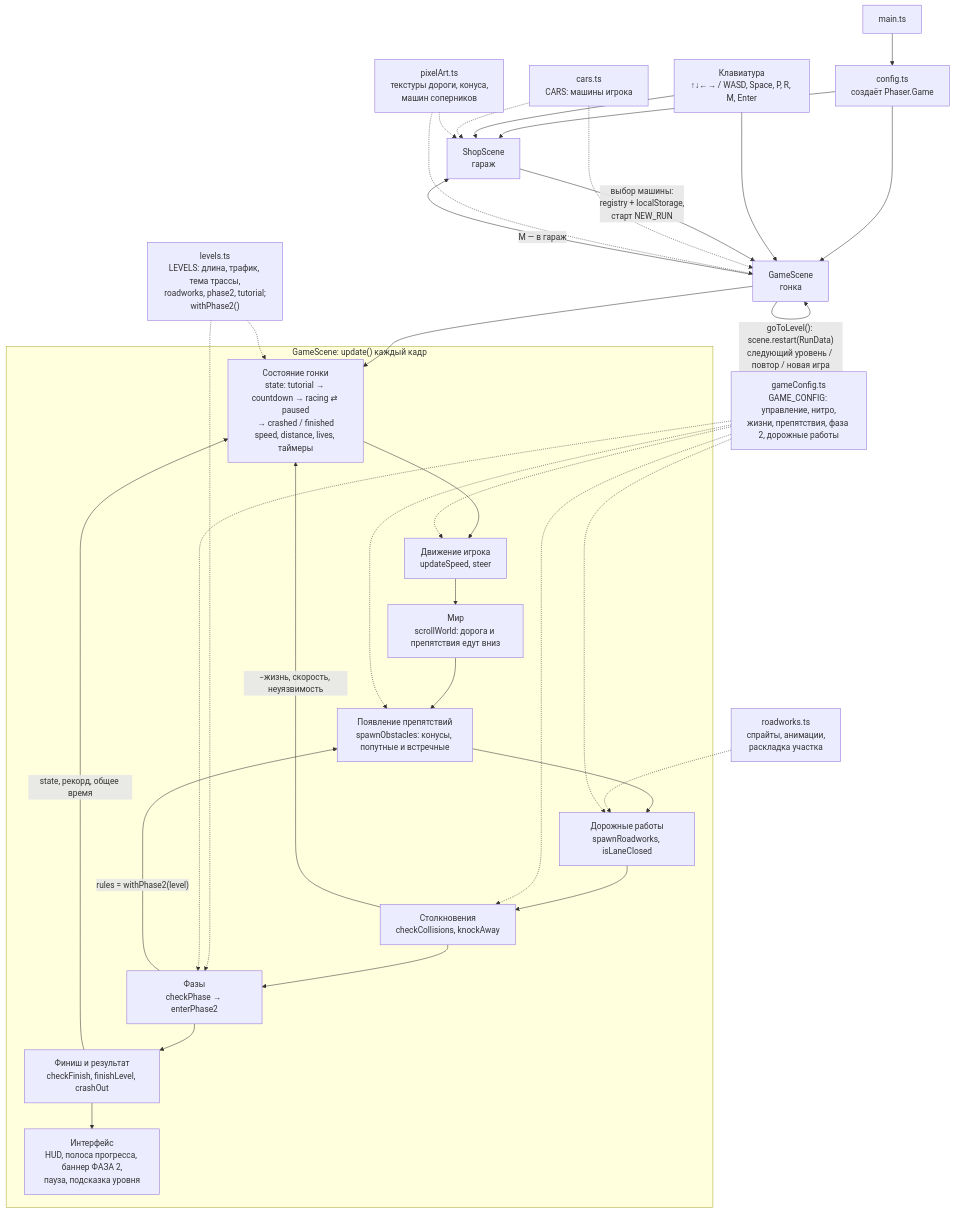
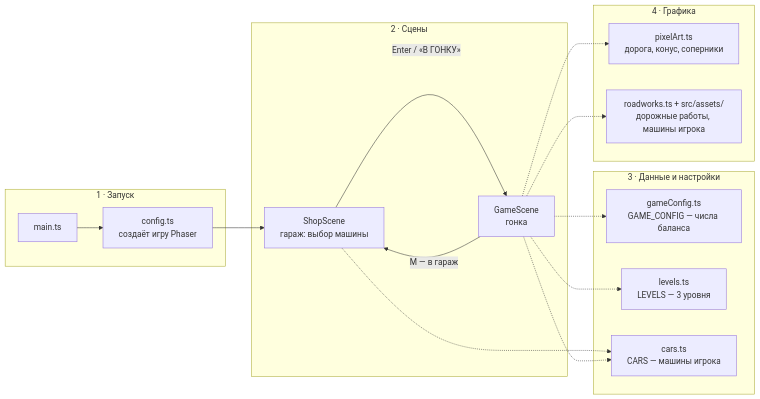
One commit to KiraDumich/Game_Go changed the first of 3 diagrams in docs/ARCHITECTURE.md. Above: the diagram before and after it, drawn with Mermaid. The commit also changed other lines of this file, not shown here.

First line of the commit message:
Схема архитектуры: три простые диаграммы вместо одной

````diff
--- a/docs/ARCHITECTURE.md
+++ b/docs/ARCHITECTURE.md
@@ -6,45 +15,32 @@
 ```mermaid
-flowchart TD
-  main["main.ts"] --> config["config.ts<br/>создаёт Phaser.Game"]
-  config --> Shop["ShopScene<br/>гараж"]
-  config --> Game["GameScene<br/>гонка"]
-
-  Input["Клавиатура<br/>↑↓←→ / WASD, Space, P, R, M, Enter"] --> Shop
-  Input --> Game
-
-  Shop -- "выбор машины:<br/>registry + localStorage,<br/>старт NEW_RUN" --> Game
-  Game -- "M — в гараж" --> Shop
-  Game -- "goToLevel(): scene.restart(RunData)<br/>следующий уровень / повтор / новая игра" --> Game
-
-  Cars["cars.ts<br/>CARS: машины игрока"] -.-> Shop
-  Cars -.-> Game
-  Pixel["pixelArt.ts<br/>текстуры дороги, конуса,<br/>машин соперников"] -.-> Shop
-  Pixel -.-> Game
-
-  subgraph GS["GameScene: update() каждый кадр"]
-    State["Состояние гонки<br/>state: tutorial → countdown → racing ⇄ paused<br/>→ crashed / finished<br/>speed, distance, lives, таймеры"]
-    Move["Движение игрока<br/>updateSpeed, steer"]
-    World["Мир<br/>scrollWorld: дорога и препятствия едут вниз"]
-    Spawn["Появление препятствий<br/>spawnObstacles: конусы, попутные и встречные"]
-    Works["Дорожные работы<br/>spawnRoadworks, isLaneClosed"]
-    Hit["Столкновения<br/>checkCollisions, knockAway"]
-    Phase["Фазы<br/>checkPhase → enterPhase2"]
-    Finish["Финиш и результат<br/>checkFinish, finishLevel, crashOut"]
-    UI["Интерфейс<br/>HUD, полоса прогресса, баннер ФАЗА 2,<br/>пауза, подсказка уровня"]
+flowchart LR
+  subgraph START["1 · Запуск"]
+    main["main.ts"] --> config["config.ts<br/>создаёт игру Phaser"]
   end
 
-  Game --> State
-  State --> Move --> World --> Spawn --> Works --> Hit --> Phase --> Finish --> UI
-  Hit -- "−жизнь, скорость, неуязвимость" --> State
-  Phase -- "rules = withPhase2(level)" --> Spawn
-  Finish -- "state, рекорд, общее время" --> State
+  subgraph SCENES["2 · Сцены"]
+    Shop["ShopScene<br/>гараж: выбор машины"]
+    Game["GameScene<br/>гонка"]
+  end
 
-  Levels["levels.ts<br/>LEVELS: длина, трафик, тема трассы,<br/>roadworks, phase2, tutorial;<br/>withPhase2()"] -.-> State
-  Levels -.-> Phase
-  RW["roadworks.ts<br/>спрайты, анимации,<br/>раскладка участка"] -.-> Works
-  Conf["gameConfig.ts<br/>GAME_CONFIG: управление, нитро,<br/>жизни, препятствия, фаза 2, дорожные работы"] -.-> Move
-  Conf -.-> Spawn
-  Conf -.-> Hit
-  Conf -.-> Phase
-  Conf -.-> Works
+  subgraph DATA["3 · Данные и настройки"]
+    Conf["gameConfig.ts<br/>GAME_CONFIG — числа баланса"]
+    Levels["levels.ts<br/>LEVELS — 3 уровня"]
+    Cars["cars.ts<br/>CARS — машины игрока"]
+  end
+
+  subgraph GFX["4 · Графика"]
+    Pixel["pixelArt.ts<br/>дорога, конус, соперники"]
+    RW["roadworks.ts + src/assets/<br/>дорожные работы, машины игрока"]
+  end
+
+  config --> Shop
+  Shop -- "Enter / «В ГОНКУ»" --> Game
+  Game -- "M — в гараж" --> Shop
+  Shop -.-> Cars
+  Game -.-> Conf
+  Game -.-> Levels
+  Game -.-> Cars
+  Game -.-> Pixel
+  Game -.-> RW
 ```
````
